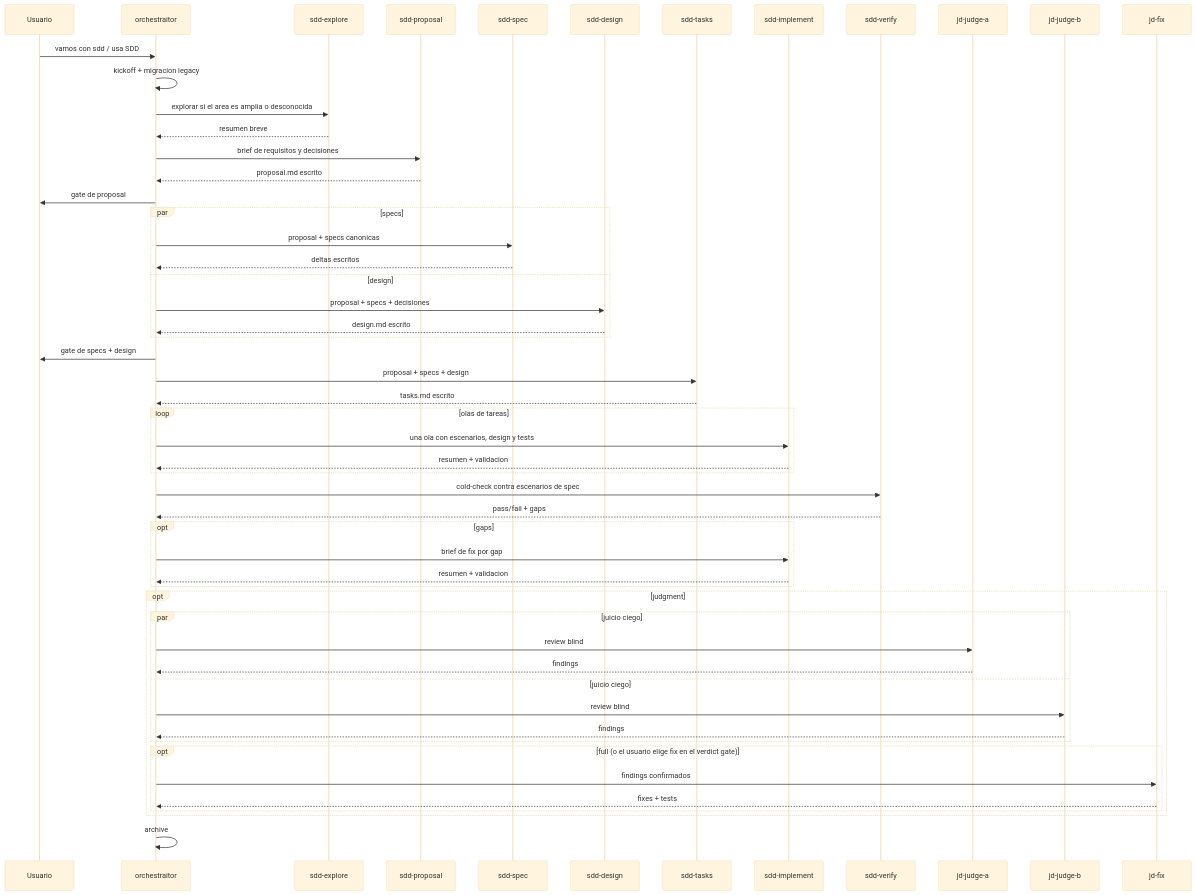
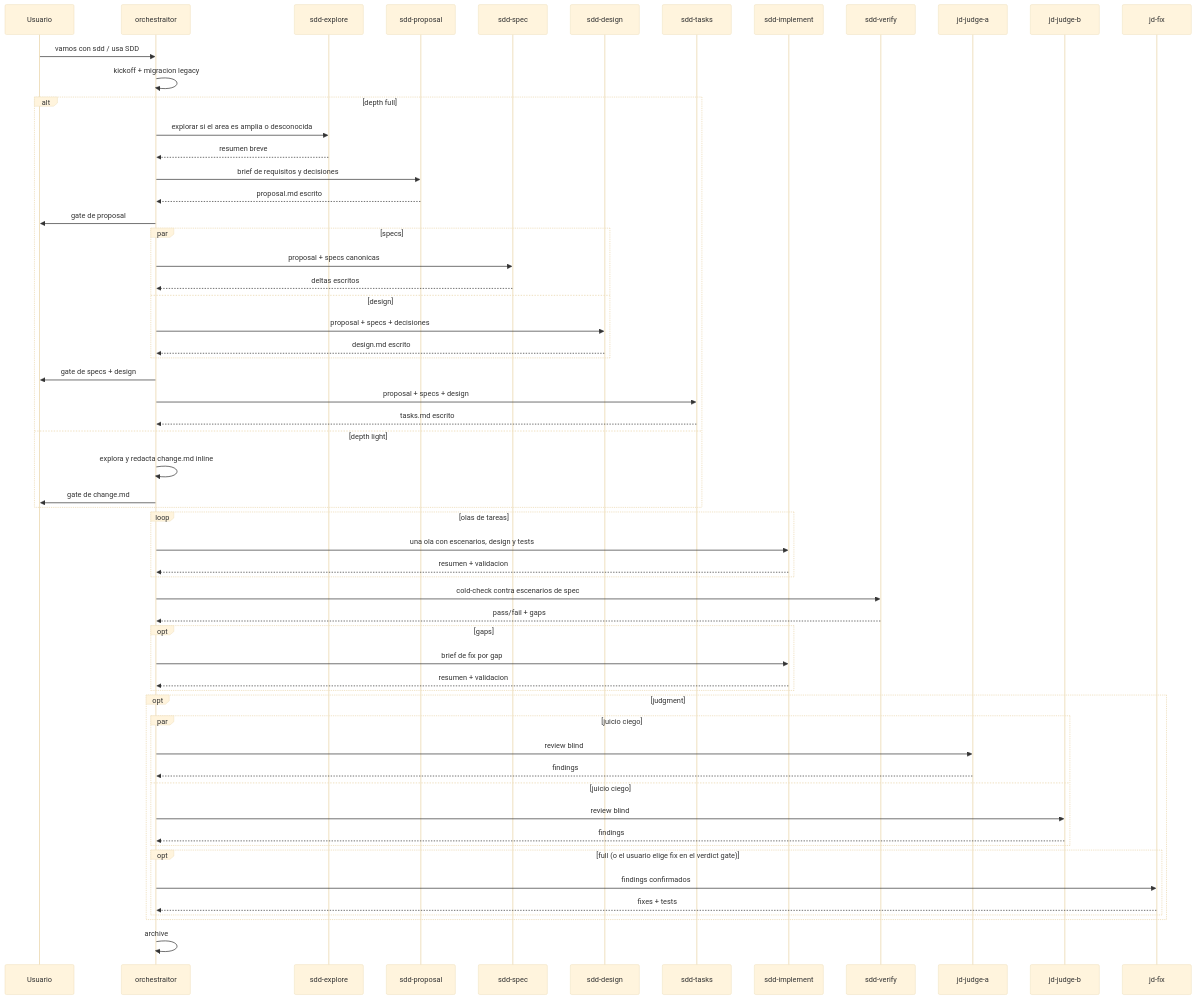
Before and after one commit to andresnator/agents-orchestrator: the diagram in docs/sdd-domain-sequence.md, drawn with Mermaid (base theme). The commit also changed other lines of this file and 8 other files, not shown here.

Commit message:
feat: enhance SDD process with light depth drafting, update documentation, and introduce new drafting skill

````diff
--- a/docs/sdd-domain-sequence.md
+++ b/docs/sdd-domain-sequence.md
@@ -19,57 +20,62 @@
 ```mermaid
 sequenceDiagram
   participant U as Usuario
   participant O as orchestraitor
   participant E as sdd-explore
   participant P as sdd-proposal
   participant S as sdd-spec
   participant D as sdd-design
   participant T as sdd-tasks
   participant I as sdd-implement
   participant V as sdd-verify
   participant JA as jd-judge-a
   participant JB as jd-judge-b
   participant JF as jd-fix
 
   U->>O: vamos con sdd / usa SDD
   O->>O: kickoff + migracion legacy
-  O->>E: explorar si el area es amplia o desconocida
-  E-->>O: resumen breve
-  O->>P: brief de requisitos y decisiones
-  P-->>O: proposal.md escrito
-  O->>U: gate de proposal
-  par specs
-    O->>S: proposal + specs canonicas
-    S-->>O: deltas escritos
-  and design
-    O->>D: proposal + specs + decisiones
-    D-->>O: design.md escrito
+  alt depth full
+    O->>E: explorar si el area es amplia o desconocida
+    E-->>O: resumen breve
+    O->>P: brief de requisitos y decisiones
+    P-->>O: proposal.md escrito
+    O->>U: gate de proposal
+    par specs
+      O->>S: proposal + specs canonicas
+      S-->>O: deltas escritos
+    and design
+      O->>D: proposal + specs + decisiones
+      D-->>O: design.md escrito
+    end
+    O->>U: gate de specs + design
+    O->>T: proposal + specs + design
+    T-->>O: tasks.md escrito
+  else depth light
+    O->>O: explora y redacta change.md inline
+    O->>U: gate de change.md
   end
-  O->>U: gate de specs + design
-  O->>T: proposal + specs + design
-  T-->>O: tasks.md escrito
   loop olas de tareas
     O->>I: una ola con escenarios, design y tests
     I-->>O: resumen + validacion
   end
   O->>V: cold-check contra escenarios de spec
   V-->>O: pass/fail + gaps
   opt gaps
     O->>I: brief de fix por gap
     I-->>O: resumen + validacion
   end
   opt judgment
     par juicio ciego
       O->>JA: review blind
       JA-->>O: findings
     and juicio ciego
       O->>JB: review blind
       JB-->>O: findings
     end
     opt full (o el usuario elige fix en el verdict gate)
       O->>JF: findings confirmados
       JF-->>O: fixes + tests
     end
   end
   O->>O: archive
 ```
````
